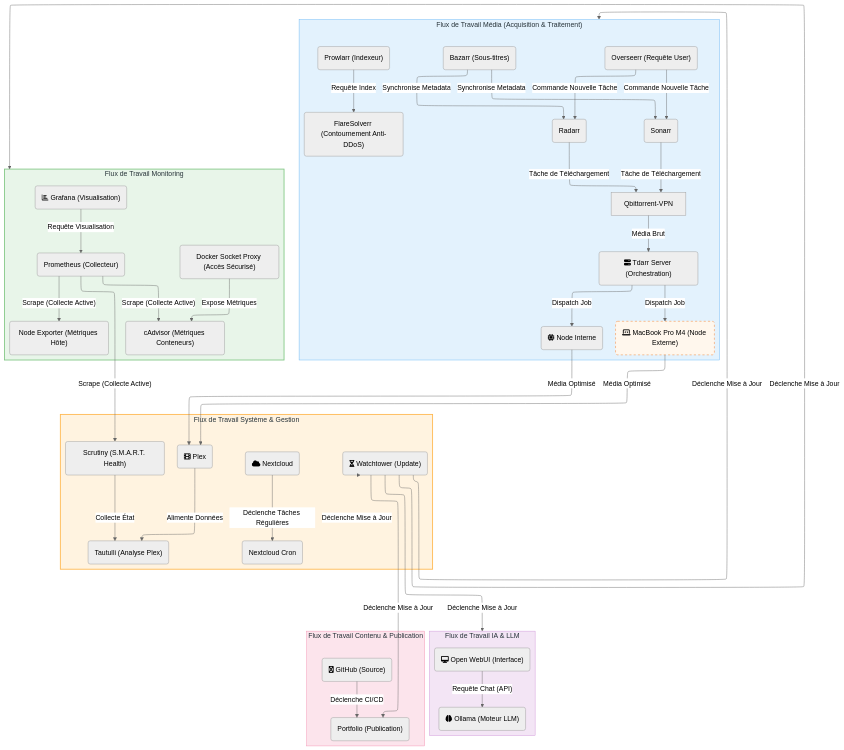
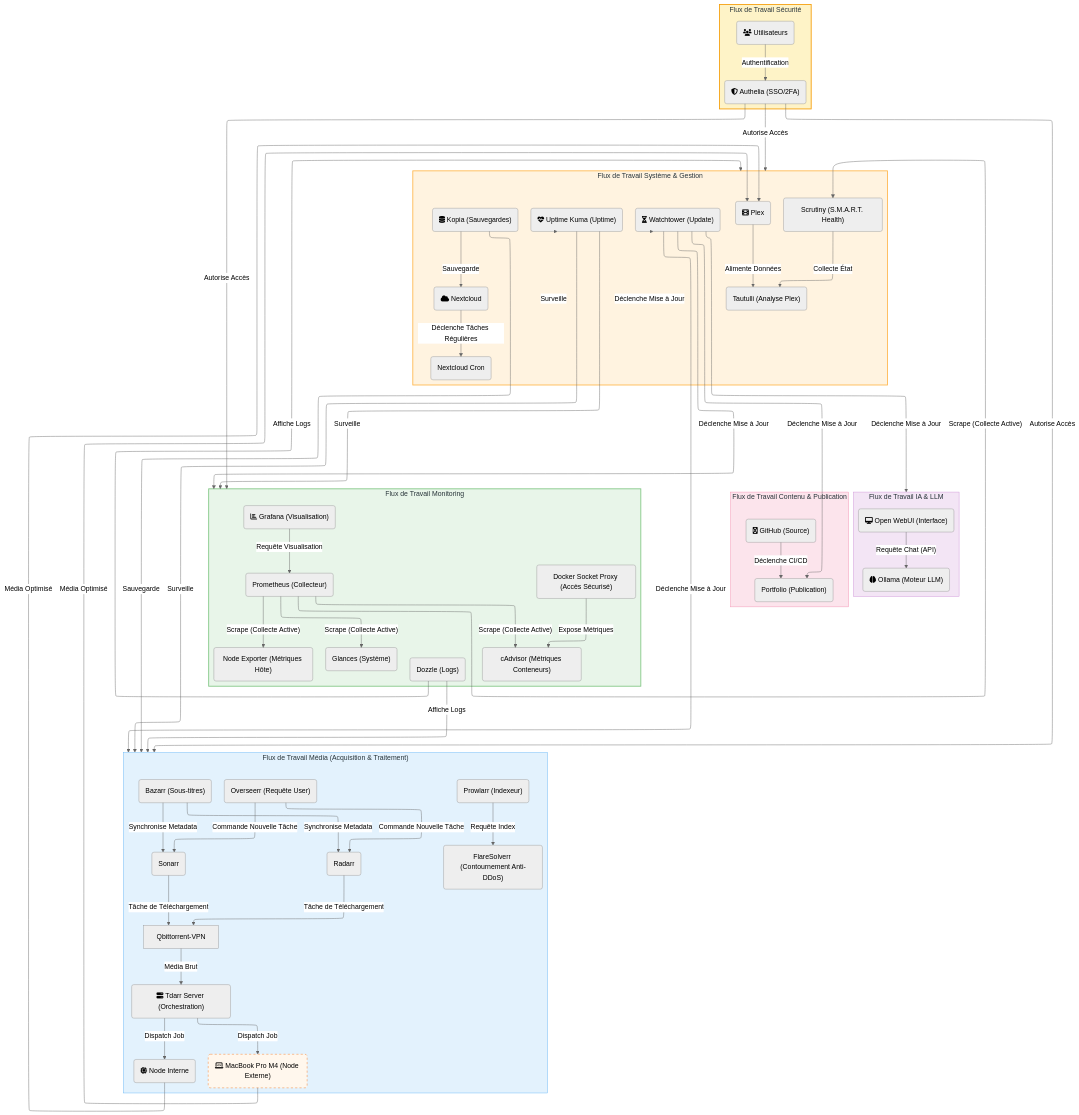
Before and after one commit to LM28000/server_doc: the diagram in workflow.md, drawn with Mermaid. The commit also changed 10 other files, not shown here.

````diff
--- a/workflow.md
+++ b/workflow.md
@@ -30,67 +30,81 @@
 ```mermaid
 ---
 config:
   layout: elk
   theme: neutral
 ---
 flowchart TB
  subgraph WORKFLOW_AUTOMATION["Flux de Travail Média (Acquisition & Traitement)"]
         OS("Overseerr (Requête User)")
         PR("Prowlarr (Indexeur)")
         FS("FlareSolverr (Contournement Anti-DDoS)")
         RD("Radarr")
         SN("Sonarr")
         BZ("Bazarr (Sous-titres)")
         QB["Qbittorrent-VPN"]
         TD_S("fa:fa-server Tdarr Server (Orchestration)")
         TD_NI("fa:fa-microchip Node Interne")
         TD_NE("fa:fa-laptop-code MacBook Pro M4 (Node Externe)")
   end
  subgraph WORKFLOW_AI["Flux de Travail IA & LLM"]
         OWUI("fa:fa-desktop Open WebUI (Interface)")
         OL("fa:fa-brain Ollama (Moteur LLM)")
   end
  subgraph WORKFLOW_CONTENT["Flux de Travail Contenu & Publication"]
         GH("fa:fa-github GitHub (Source)")
         P("Portfolio (Publication)")
   end
  subgraph WORKFLOW_MAINTENANCE["Flux de Travail Système & Gestion"]
         WT("fa:fa-hourglass-half Watchtower (Update)")
         NCC("Nextcloud Cron")
         SC("Scrutiny (S.M.A.R.T. Health)")
         TT("Tautulli (Analyse Plex)")
+        UK("fa:fa-heart-pulse Uptime Kuma (Uptime)")
+        KP("fa:fa-database Kopia (Sauvegardes)")
         NC("fa:fa-cloud Nextcloud")
         PL("fa:fa-film Plex")
   end
  subgraph WORKFLOW_OBSERVABILITY["Flux de Travail Monitoring"]
         PROM("Prometheus (Collecteur)")
         CADV("cAdvisor (Métriques Conteneurs)")
         NE("Node Exporter (Métriques Hôte)")
+        GL("Glances (Système)")
+        DZ("Dozzle (Logs)")
         GF("fa:fa-chart-bar Grafana (Visualisation)")
         DSP("Docker Socket Proxy (Accès Sécurisé)")
+  end
+ subgraph WORKFLOW_SECURITY["Flux de Travail Sécurité"]
+        AUTH("fa:fa-shield-halved Authelia (SSO/2FA)")
+        USERS("fa:fa-users Utilisateurs")
   end
     OS -- Commande Nouvelle Tâche --> RD & SN
     PR -- Requête Index --> FS
     RD -- Tâche de Téléchargement --> QB
     SN -- Tâche de Téléchargement --> QB
     QB -- Média Brut --> TD_S
     TD_S -- Dispatch Job --> TD_NI & TD_NE
     TD_NI -- Média Optimisé --> PL
     TD_NE -- Média Optimisé --> PL
     BZ -- Synchronise Metadata --> RD & SN
     OWUI -- Requête Chat (API) --> OL
     GH -- Déclenche CI/CD --> P
     WT -- Déclenche Mise à Jour --> WORKFLOW_AUTOMATION & WORKFLOW_MAINTENANCE & WORKFLOW_OBSERVABILITY & WORKFLOW_AI & P
     NC -- Déclenche Tâches Régulières --> NCC
     PL -- Alimente Données --> TT
     SC -- Collecte État --> TT
+    UK -- Surveille --> WORKFLOW_AUTOMATION & WORKFLOW_MAINTENANCE & WORKFLOW_OBSERVABILITY
+    KP -- Sauvegarde --> NC & WORKFLOW_AUTOMATION
     DSP -- Expose Métriques --> CADV
-    PROM -- Scrape (Collecte Active) --> CADV & NE & SC
+    PROM -- Scrape (Collecte Active) --> CADV & NE & SC & GL
     GF -- Requête Visualisation --> PROM
+    DZ -- Affiche Logs --> WORKFLOW_AUTOMATION & WORKFLOW_MAINTENANCE
+    USERS -- Authentification --> AUTH
+    AUTH -- Autorise Accès --> WORKFLOW_AUTOMATION & WORKFLOW_MAINTENANCE & WORKFLOW_OBSERVABILITY
     style TD_NE fill:#fff7ed,stroke:#f97316,stroke-dasharray: 5 5
     style WORKFLOW_AUTOMATION fill:#e3f2fd,stroke:#64b5f6,stroke-width:1px,color:#263238
     style WORKFLOW_MAINTENANCE fill:#fff3e0,stroke:#ffb74d,stroke-width:2px,color:#263238
     style WORKFLOW_OBSERVABILITY fill:#e8f5e9,stroke:#81c784,stroke-width:2px,color:#263238
     style WORKFLOW_AI fill:#f3e5f5,stroke:#ce93d8,stroke-width:1px,color:#263238
     style WORKFLOW_CONTENT fill:#fce4ec,stroke:#f48fb1,stroke-width:1px,color:#263238
+    style WORKFLOW_SECURITY fill:#fef3c7,stroke:#f59e0b,stroke-width:2px,color:#263238
 ```
````
